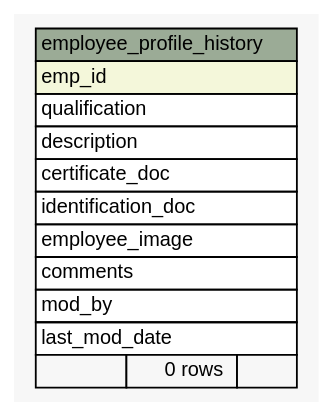
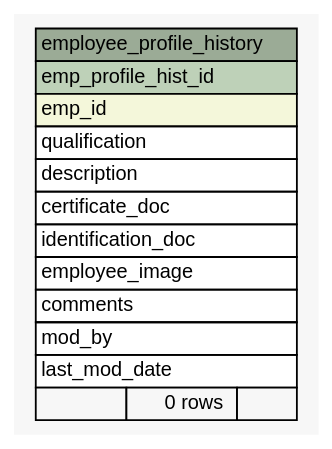
Before and after one commit to engineerscraft/hrms: the diagram in docs/database/schemaspy/graphs/summary/employee_profile_history.1degree.dot, drawn with Graphviz. The commit also changed 204 other files, not shown here.

```diff
--- a/docs/database/schemaspy/graphs/summary/employee_profile_history.1degree.dot
+++ b/docs/database/schemaspy/graphs/summary/employee_profile_history.1degree.dot
@@ -1,33 +1,34 @@
 // dot 2.38.0 on Windows 7 6.1
 digraph "employee_profile_history" {
   graph [
     rankdir="RL"
     bgcolor="#f7f7f7"
   ];
   node [
     fontname="Helvetica"
     fontsize="11"
     shape="plaintext"
   ];
   edge [
     arrowsize="0.8"
   ];
   "employee_profile_history" [
     label=<
     <TABLE BORDER="0" CELLBORDER="1" CELLSPACING="0" BGCOLOR="#ffffff">
       <TR><TD PORT="employee_profile_history.heading" COLSPAN="3" BGCOLOR="#9bab96" ALIGN="CENTER">employee_profile_history</TD></TR>
+      <TR><TD PORT="emp_profile_hist_id" COLSPAN="3" BGCOLOR="#bed1b8" ALIGN="LEFT">emp_profile_hist_id</TD></TR>
       <TR><TD PORT="emp_id" COLSPAN="3" BGCOLOR="#f4f7da" ALIGN="LEFT">emp_id</TD></TR>
       <TR><TD PORT="qualification" COLSPAN="3" ALIGN="LEFT">qualification</TD></TR>
       <TR><TD PORT="description" COLSPAN="3" ALIGN="LEFT">description</TD></TR>
       <TR><TD PORT="certificate_doc" COLSPAN="3" ALIGN="LEFT">certificate_doc</TD></TR>
       <TR><TD PORT="identification_doc" COLSPAN="3" ALIGN="LEFT">identification_doc</TD></TR>
       <TR><TD PORT="employee_image" COLSPAN="3" ALIGN="LEFT">employee_image</TD></TR>
       <TR><TD PORT="comments" COLSPAN="3" ALIGN="LEFT">comments</TD></TR>
       <TR><TD PORT="mod_by" COLSPAN="3" ALIGN="LEFT">mod_by</TD></TR>
       <TR><TD PORT="last_mod_date" COLSPAN="3" ALIGN="LEFT">last_mod_date</TD></TR>
       <TR><TD ALIGN="LEFT" BGCOLOR="#f7f7f7">  </TD><TD ALIGN="RIGHT" BGCOLOR="#f7f7f7">0 rows</TD><TD ALIGN="RIGHT" BGCOLOR="#f7f7f7">  </TD></TR>
     </TABLE>>
     URL="tables/employee_profile_history.html#"
     tooltip="employee_profile_history"
   ];
 }
```
